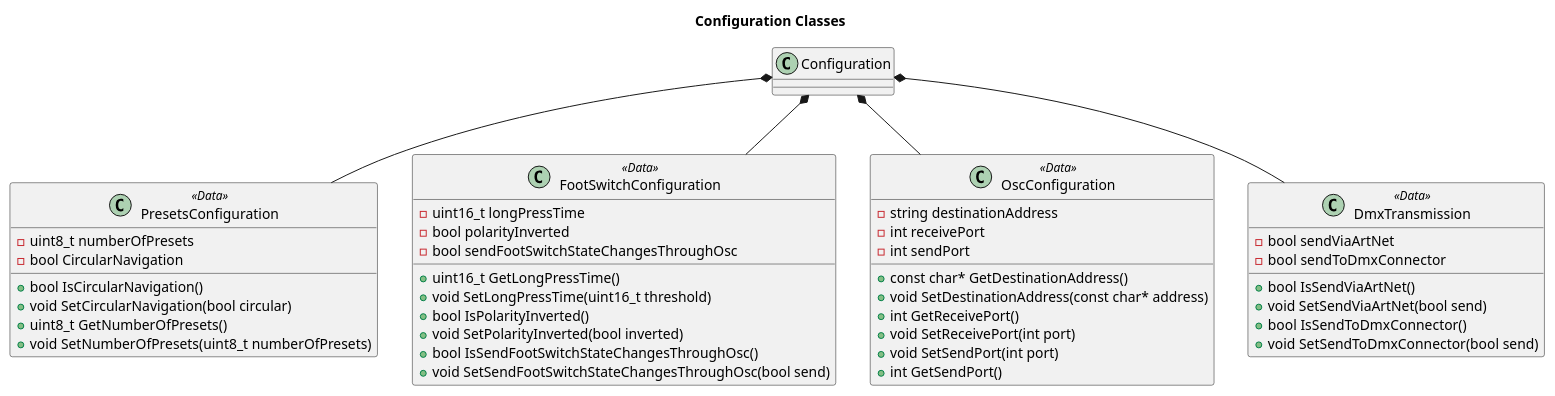
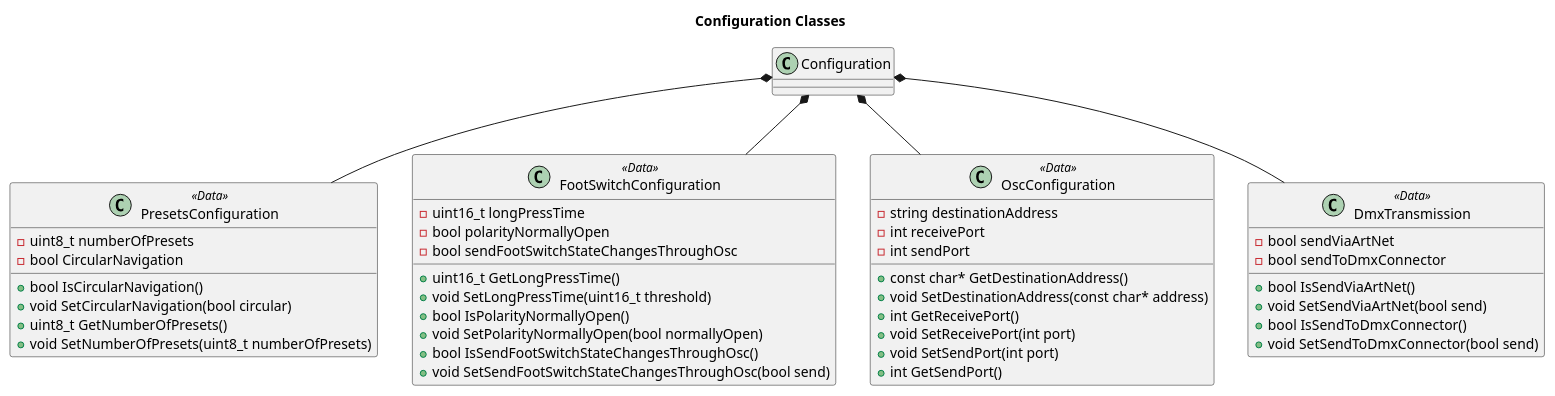
The third of 8 diagrams in Documentation/software_design.puml (michelkeijzers/Esp32DmxController), drawn with PlantUML before and after one commit. The commit also changed other lines of this file and 96 other files, not shown here.

```diff
--- a/Documentation/software_design.puml
+++ b/Documentation/software_design.puml
@@ -109,53 +109,53 @@
 @startuml 
 title Configuration Classes
 
 class PresetsConfiguration <<Data>>
 {
     +bool IsCircularNavigation()
     +void SetCircularNavigation(bool circular)
     +uint8_t GetNumberOfPresets()
     +void SetNumberOfPresets(uint8_t numberOfPresets)
     -uint8_t numberOfPresets
     -bool CircularNavigation
 }
 Configuration *-- PresetsConfiguration
 
 class FootSwitchConfiguration <<Data>>
 {
     +uint16_t GetLongPressTime()
     +void SetLongPressTime(uint16_t threshold)
-    +bool IsPolarityInverted()
-    +void SetPolarityInverted(bool inverted)
+    +bool IsPolarityNormallyOpen()
+    +void SetPolarityNormallyOpen(bool normallyOpen)
     +bool IsSendFootSwitchStateChangesThroughOsc()
     +void SetSendFootSwitchStateChangesThroughOsc(bool send)
     -uint16_t longPressTime
-    -bool polarityInverted
+    -bool polarityNormallyOpen
     -bool sendFootSwitchStateChangesThroughOsc
 }
 Configuration *-- FootSwitchConfiguration
 
 class OscConfiguration <<Data>>
 {
     +const char* GetDestinationAddress()
     +void SetDestinationAddress(const char* address)
     +int GetReceivePort()
     +void SetReceivePort(int port)
     +void SetSendPort(int port)
     +int GetSendPort()
     -string destinationAddress
     -int receivePort
     -int sendPort
 }
 Configuration *-- OscConfiguration
 
 class DmxTransmission <<Data>>
 {
     +bool IsSendViaArtNet()
     +void SetSendViaArtNet(bool send)
     +bool IsSendToDmxConnector()
     +void SetSendToDmxConnector(bool send)
     -bool sendViaArtNet
     -bool sendToDmxConnector
 }
 Configuration *-- DmxTransmission
 @enduml 
```
